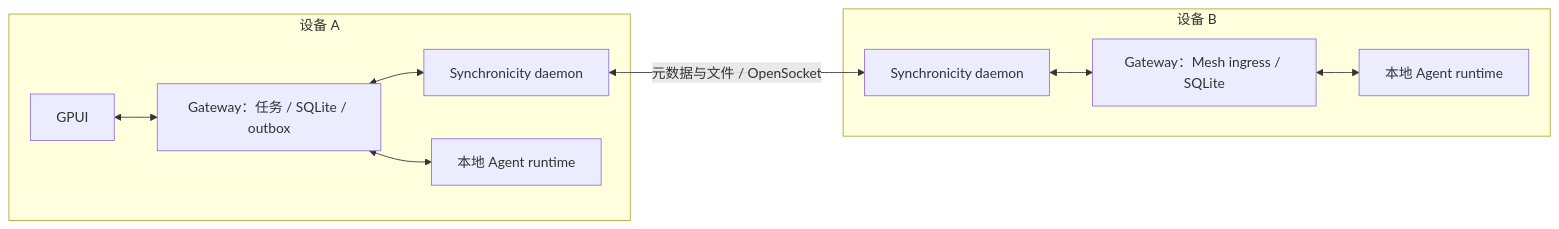
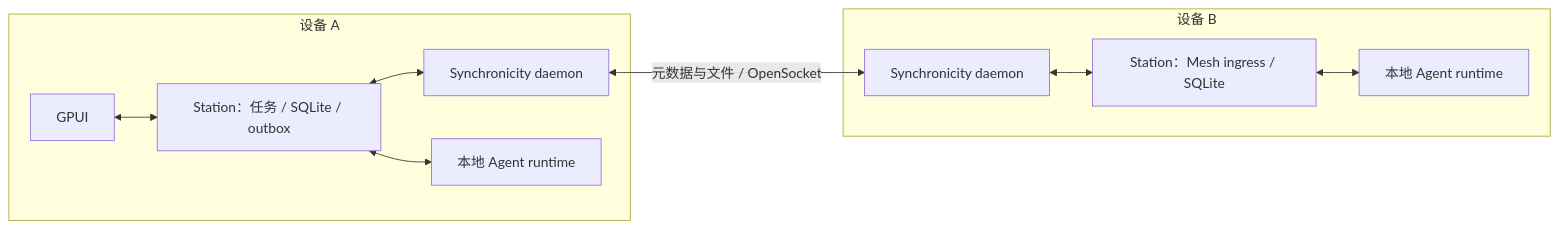
One commit to HOOLC/open-worker changed the diagram in docs/synchronicity-mesh-design.md. Above: the diagram before and after it, drawn with Mermaid. The commit also changed other lines of this file and 195 other files, not shown here.

Commit message:
Rename Gateway to Station and refresh Zork project identity

````diff
--- a/docs/synchronicity-mesh-design.md
+++ b/docs/synchronicity-mesh-design.md
@@ -28,13 +28,13 @@
 ```mermaid
 flowchart LR
   subgraph A[设备 A]
-    U[GPUI] <--> G[Gateway：任务 / SQLite / outbox]
+    U[GPUI] <--> G[Station：任务 / SQLite / outbox]
     G <--> S[Synchronicity daemon]
     G <--> R[本地 Agent runtime]
   end
   subgraph B[设备 B]
-    T[Synchronicity daemon] <--> H[Gateway：Mesh ingress / SQLite]
+    T[Synchronicity daemon] <--> H[Station：Mesh ingress / SQLite]
     H <--> W[本地 Agent runtime]
   end
   S <-->|元数据与文件 / OpenSocket| T
 ```
````
